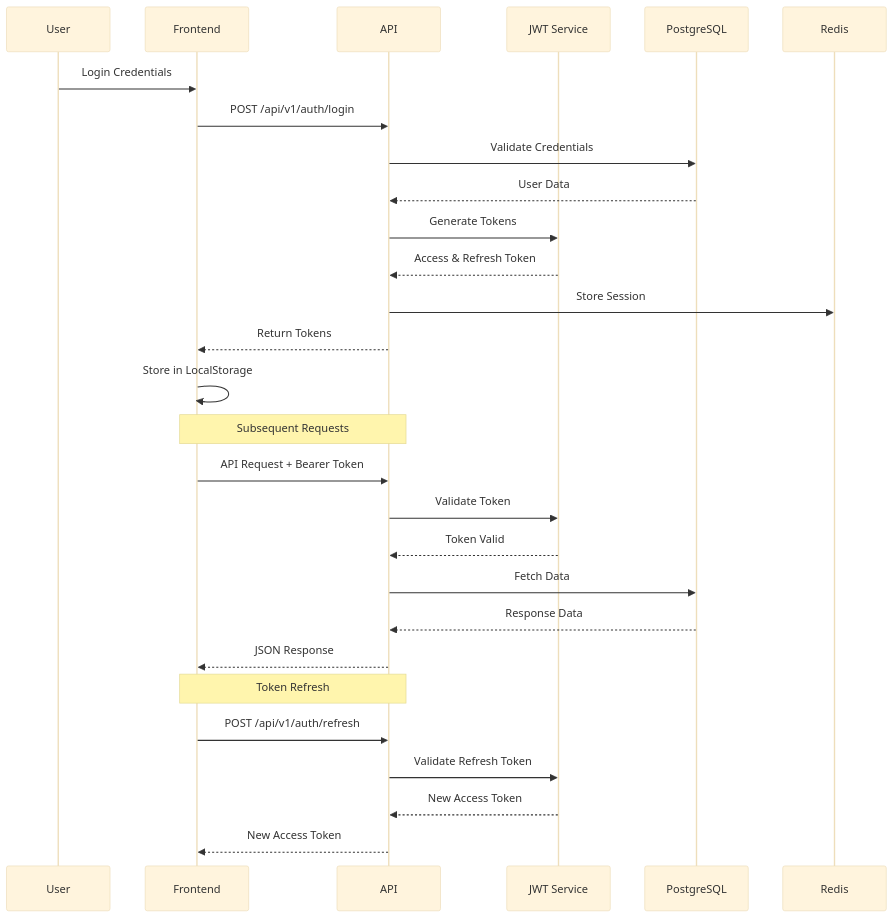
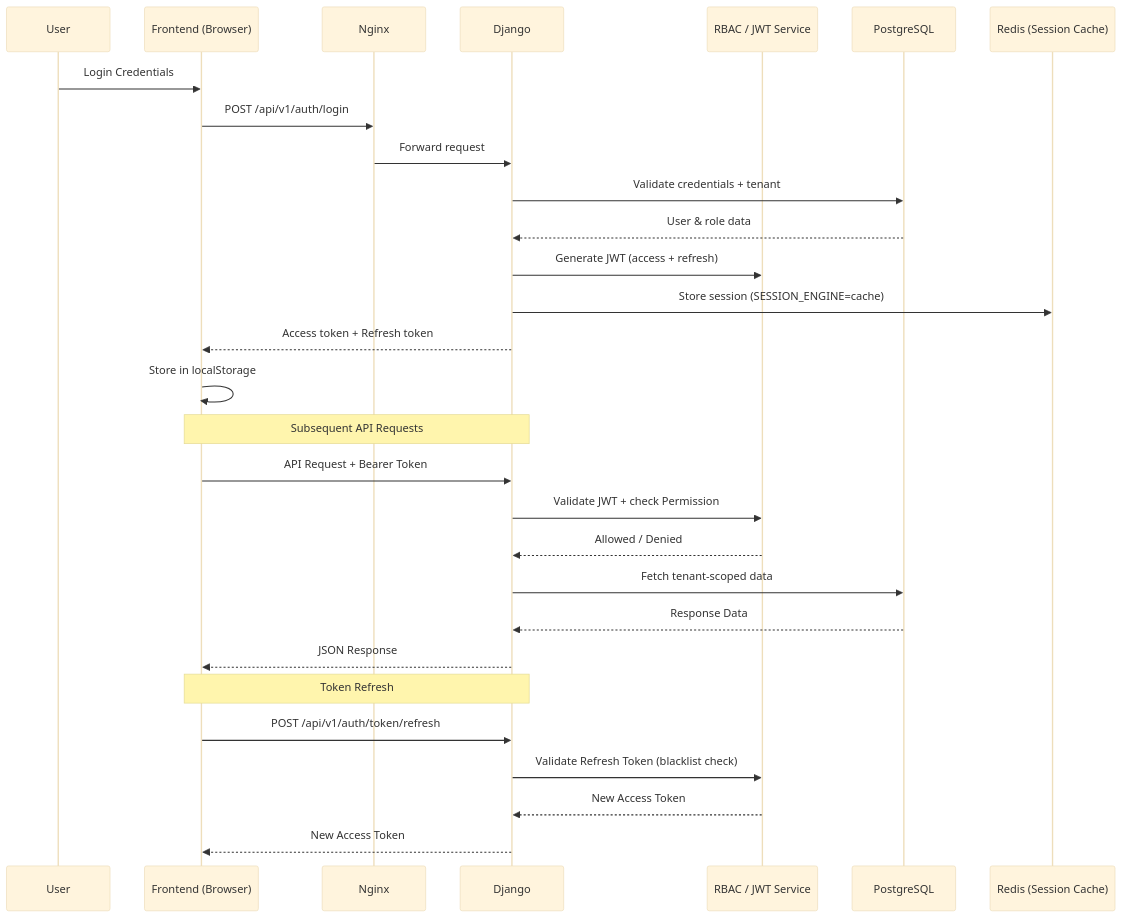
Before and after one commit to sbu-europe/dfms-naming-campaign: the third of 9 diagrams in 04-architecture/04-backend/diagrams/architecture-overview.md, drawn with Mermaid (base theme). The commit also changed other lines of this file and 5 other files, not shown here.

First line of the commit message:
docs(architecture): update diagrams and overview to reflect Phase 1 implementation

````diff
--- a/04-architecture/04-backend/diagrams/architecture-overview.md
+++ b/04-architecture/04-backend/diagrams/architecture-overview.md
@@ -114,33 +136,34 @@
 ```mermaid
 sequenceDiagram
     participant U as User
-    participant F as Frontend
-    participant A as API
-    participant J as JWT Service
+    participant F as Frontend (Browser)
+    participant N as Nginx
+    participant D as Django
+    participant RBAC as RBAC / JWT Service
     participant DB as PostgreSQL
-    participant R as Redis
+    participant R as Redis (Session Cache)
 
     U->>F: Login Credentials
-    F->>A: POST /api/v1/auth/login
-    A->>DB: Validate Credentials
-    DB-->>A: User Data
-    A->>J: Generate Tokens
-    J-->>A: Access & Refresh Token
-    A->>R: Store Session
-    A-->>F: Return Tokens
-    F->>F: Store in LocalStorage
+    F->>N: POST /api/v1/auth/login
+    N->>D: Forward request
+    D->>DB: Validate credentials + tenant
+    DB-->>D: User & role data
+    D->>RBAC: Generate JWT (access + refresh)
+    D->>R: Store session (SESSION_ENGINE=cache)
+    D-->>F: Access token + Refresh token
+    F->>F: Store in localStorage
 
-    Note over F,A: Subsequent Requests
-    F->>A: API Request + Bearer Token
-    A->>J: Validate Token
-    J-->>A: Token Valid
-    A->>DB: Fetch Data
-    DB-->>A: Response Data
-    A-->>F: JSON Response
+    Note over F,D: Subsequent API Requests
+    F->>D: API Request + Bearer Token
+    D->>RBAC: Validate JWT + check Permission
+    RBAC-->>D: Allowed / Denied
+    D->>DB: Fetch tenant-scoped data
+    DB-->>D: Response Data
+    D-->>F: JSON Response
 
-    Note over F,A: Token Refresh
-    F->>A: POST /api/v1/auth/refresh
-    A->>J: Validate Refresh Token
-    J-->>A: New Access Token
-    A-->>F: New Access Token
+    Note over F,D: Token Refresh
+    F->>D: POST /api/v1/auth/token/refresh
+    D->>RBAC: Validate Refresh Token (blacklist check)
+    RBAC-->>D: New Access Token
+    D-->>F: New Access Token
 ```
````
